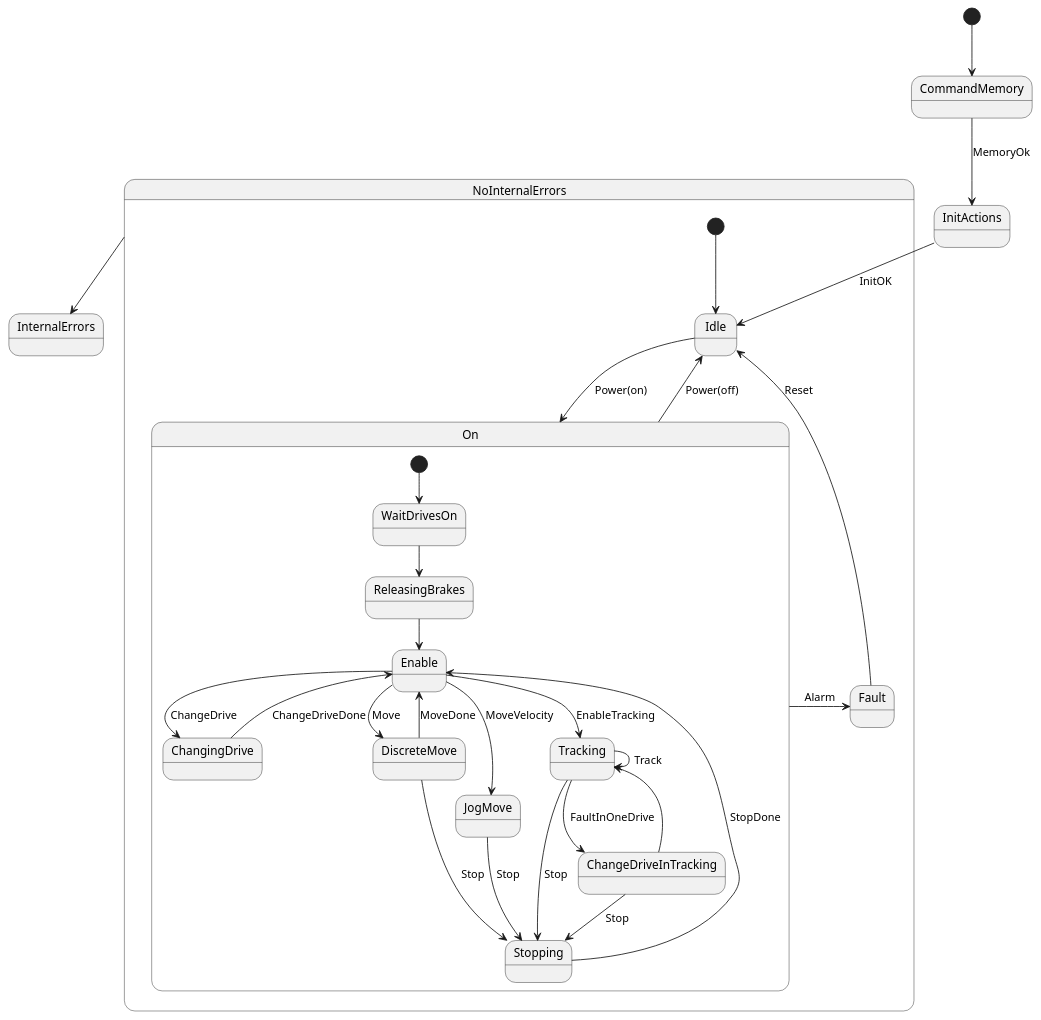
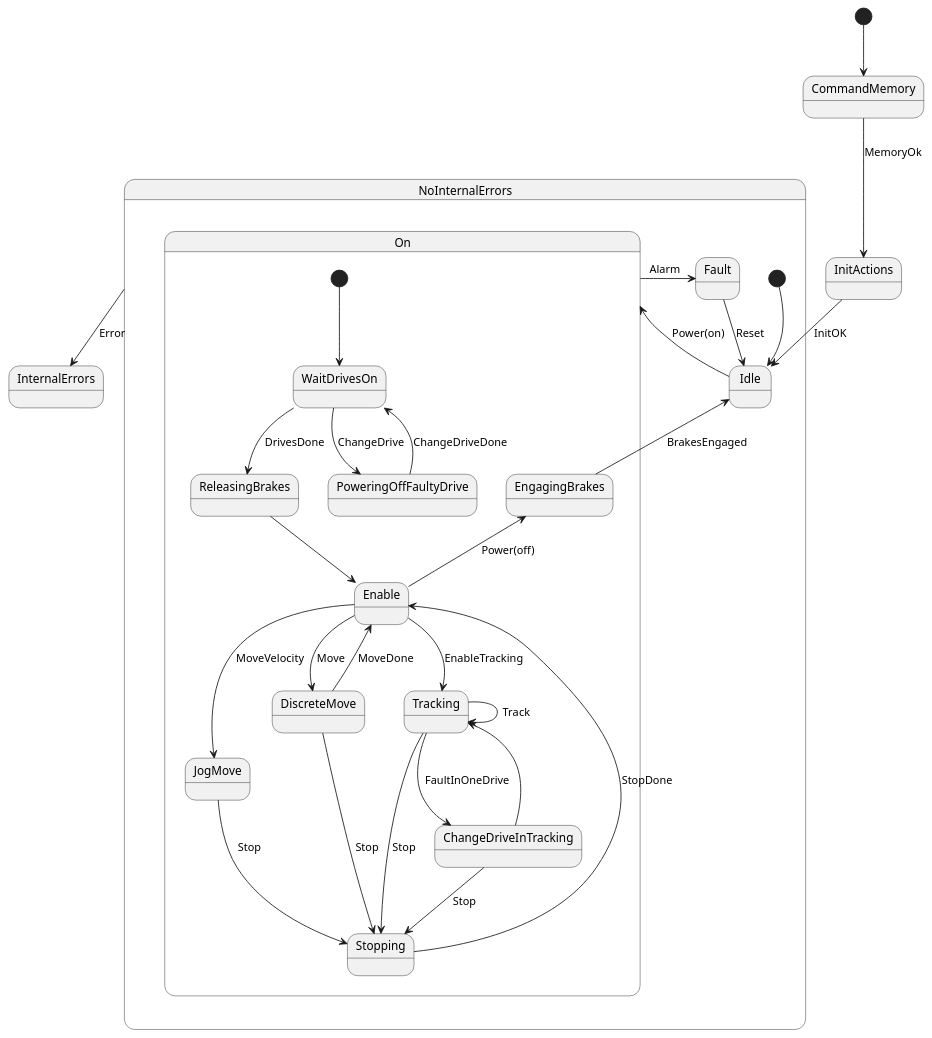
One commit to lsst-ts/ts_tma_tma-documentation_pxi-controller_documentation changed the diagram in 05 Subsystems Azimuth and Camera Cable Wrap/04 State Machine.md. Above: the diagram before and after it, drawn with PlantUML. The commit also changed 1 other file, not shown here.

Commit message:
Update cable wrap state machine

````diff
--- a/05 Subsystems Azimuth and Camera Cable Wrap/04 State Machine.md
+++ b/05 Subsystems Azimuth and Camera Cable Wrap/04 State Machine.md
@@ -4,55 +4,61 @@
 ```plantuml
+
+@startuml
 
 state NoInternalErrors {
   
   state Idle
   state On {
     state WaitDrivesOn
     state ReleasingBrakes
-    state Enable
-    state ChangingDrive{
-    }
+    state Enable    
+    State PoweringOffFaultyDrive    
     state DiscreteMove
     state Stopping
     state JogMove
     state Tracking
     state ChangeDriveInTracking{
     }
+    state EngagingBrakes
     [*] --> WaitDrivesOn
-    WaitDrivesOn --> ReleasingBrakes
+    WaitDrivesOn --> ReleasingBrakes : DrivesDone
     ReleasingBrakes --> Enable
     Enable --> DiscreteMove : Move
     DiscreteMove --> Enable : MoveDone
     DiscreteMove --> Stopping : Stop
     Enable --> JogMove : MoveVelocity
     JogMove --> Stopping : Stop
     Enable --> Tracking : EnableTracking
     Tracking --> Tracking : Track
     Tracking --> Stopping : Stop
     Tracking --> ChangeDriveInTracking : FaultInOneDrive
     ChangeDriveInTracking --> Tracking
     ChangeDriveInTracking --> Stopping : Stop
     Stopping --> Enable : StopDone
-    Enable --> ChangingDrive : ChangeDrive
-    ChangingDrive --> Enable : ChangeDriveDone
+    WaitDrivesOn --> PoweringOffFaultyDrive : ChangeDrive
+    PoweringOffFaultyDrive --> WaitDrivesOn : ChangeDriveDone
+    Enable -up-> EngagingBrakes : Power(off)
   }
   state Fault
   
   [*] --> Idle
   Idle -down-> On : Power(on)
   On -right-> Fault : Alarm
-  Fault -left-> Idle : Reset
-  On -up-> Idle : Power(off)
+  Fault --> Idle : Reset
+  EngagingBrakes --> Idle : BrakesEngaged
 
 }
 
 state InternalErrors {
 }
 
-NoInternalErrors --> InternalErrors 
+
 
 [*] --> CommandMemory
 CommandMemory --> InitActions : MemoryOk
 InitActions --> Idle : InitOK
+NoInternalErrors --> InternalErrors : Error
+
+@enduml
 
 ```
````
